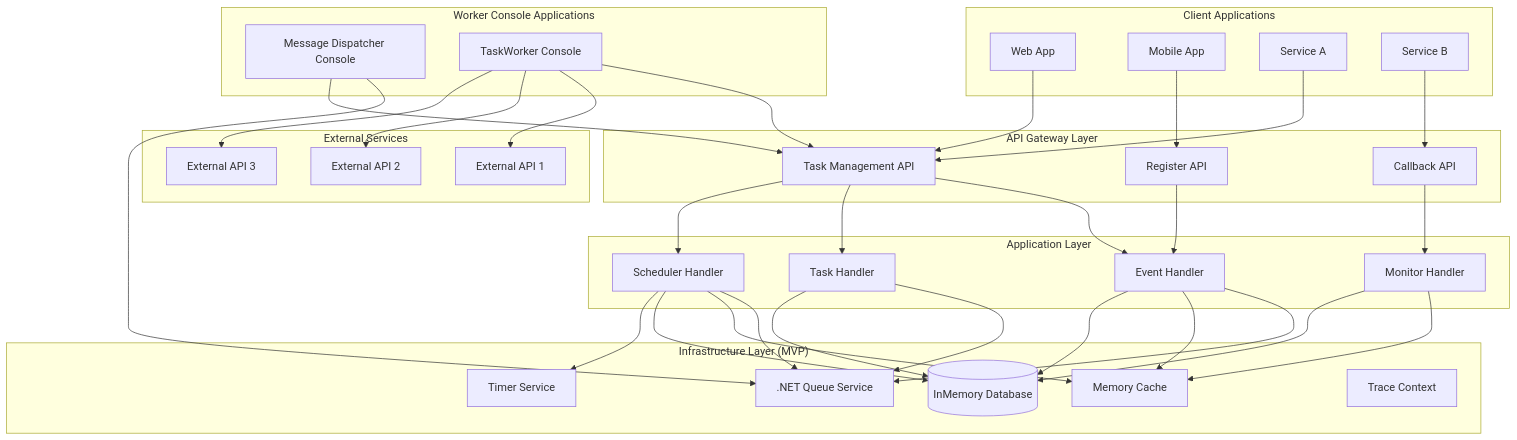
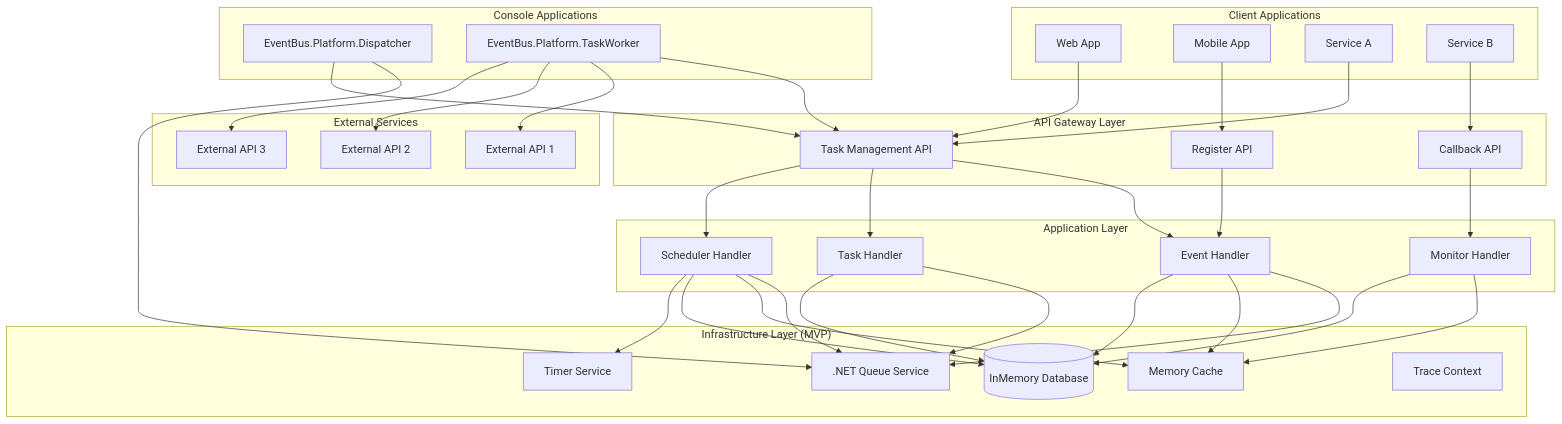
The first of 7 diagrams in .specs/design.md (yaochangyu/eventbus-platform), drawn with Mermaid before and after one commit. The commit also changed other lines of this file, not shown here.

Commit message:
📝 docs: 更新設計文檔，統一命名並清晰描述 Console 應用程式功能與結構

````diff
--- a/.specs/design.md
+++ b/.specs/design.md
@@ -9,75 +9,75 @@
 ```mermaid
 graph TB
     subgraph "Client Applications"
         APP1[Web App]
         APP2[Mobile App]
         APP3[Service A]
         APP4[Service B]
     end
 
     subgraph "API Gateway Layer"
         TASK_API[Task Management API]
         REG[Register API]
         CB[Callback API]
     end
 
     subgraph "Application Layer"
         EH[Event Handler]
         TH[Task Handler]
         SH[Scheduler Handler]
         MON[Monitor Handler]
     end
 
     subgraph "Infrastructure Layer (MVP)"
         QUEUE[.NET Queue Service]
         CACHE[Memory Cache]
         DB[(InMemory Database)]
         TIMER[Timer Service]
         TRACE[Trace Context]
     end
 
-    subgraph "Worker Console Applications"
-        DISPATCHER[Message Dispatcher Console]
-        TASKWORKER[TaskWorker Console]
+    subgraph "Console Applications"
+        DISPATCHER[EventBus.Platform.Dispatcher]
+        TASKWORKER[EventBus.Platform.TaskWorker]
     end
 
     subgraph "External Services"
         EXT1[External API 1]
         EXT2[External API 2]
         EXT3[External API 3]
     end
 
     APP1 --> TASK_API
     APP2 --> REG
     APP3 --> TASK_API
     APP4 --> CB
 
     TASK_API --> EH
     TASK_API --> TH
     TASK_API --> SH
     REG --> EH
     CB --> MON
 
     EH --> QUEUE
     TH --> QUEUE
     SH --> QUEUE
 
     EH --> CACHE
     SH --> CACHE
     MON --> CACHE
 
     EH --> DB
     TH --> DB
     SH --> DB
     MON --> DB
 
     DISPATCHER --> QUEUE
     DISPATCHER --> TASK_API
 
     TASKWORKER --> TASK_API
     TASKWORKER --> EXT1
     TASKWORKER --> EXT2
     TASKWORKER --> EXT3
 
     SH --> TIMER
 ```
````
